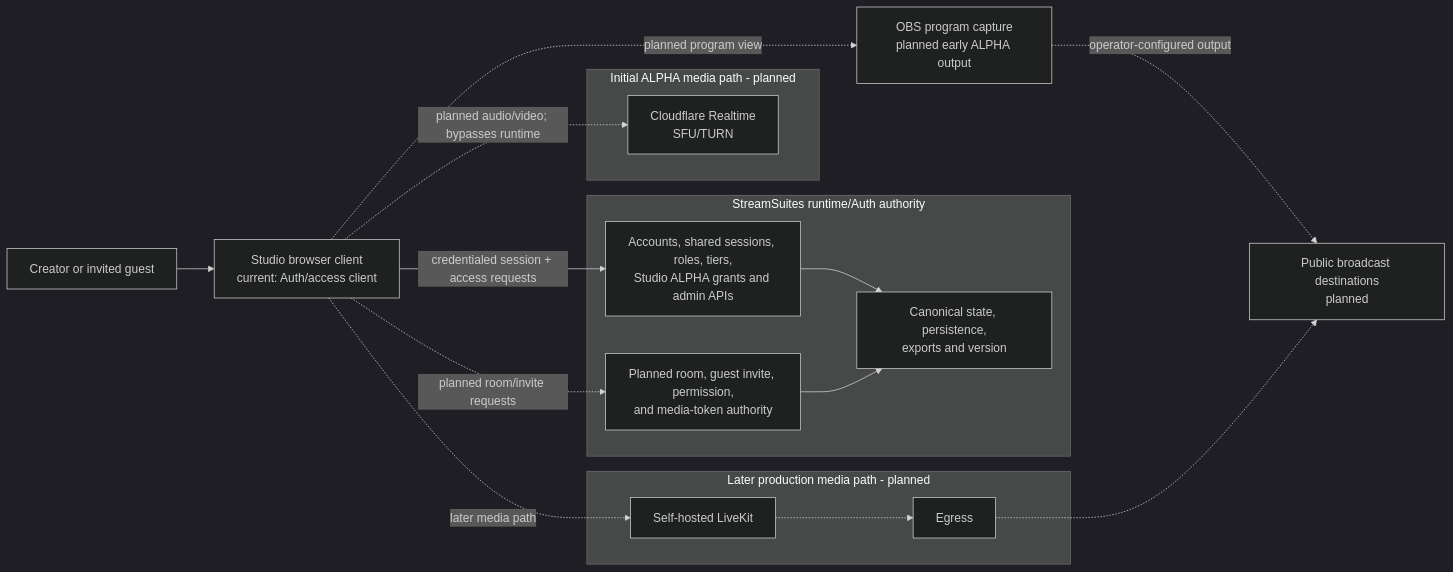
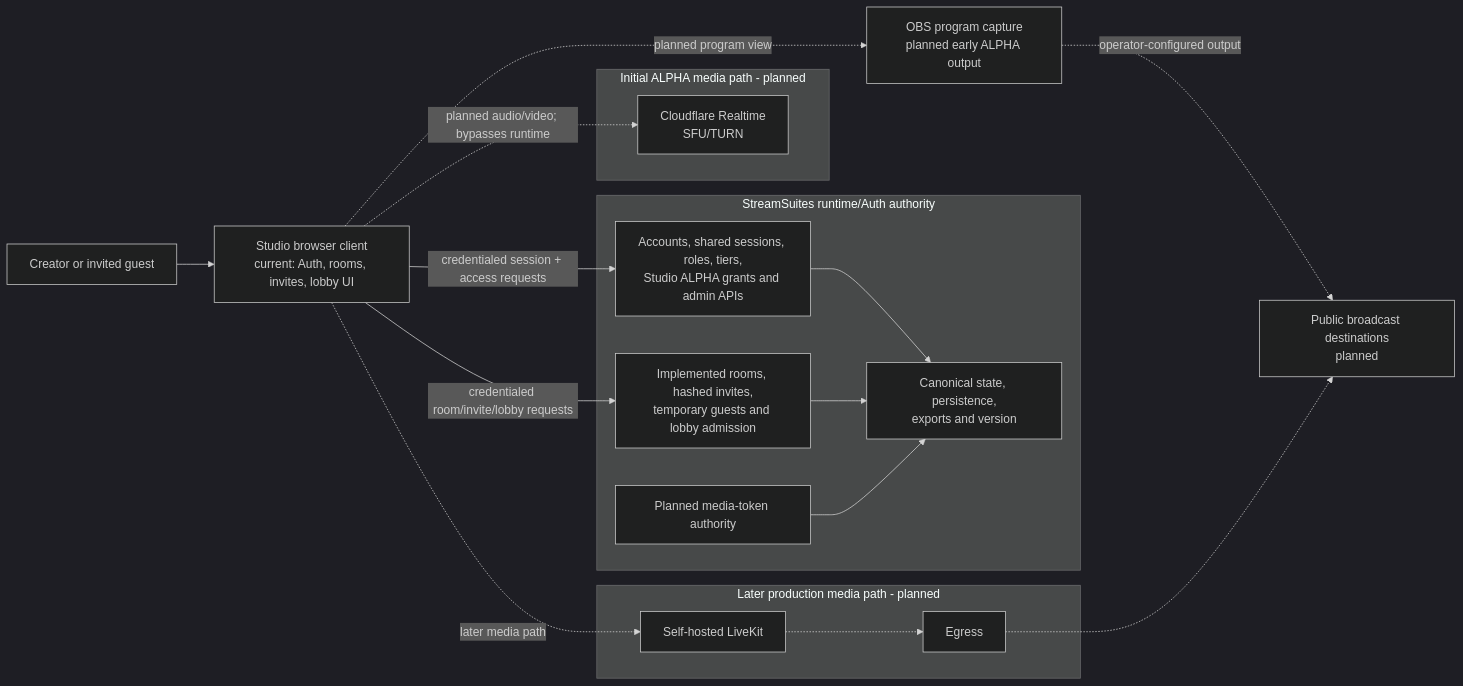
Before and after one commit to BSMediaGroup/StreamSuites-Studio: the diagram in docs/system-architecture.md, drawn with Mermaid (dark theme). The commit also changed other lines of this file and 27 other files, not shown here.

First line of the commit message:
Implement Studio rooms and secure guest invitations

````diff
--- a/docs/system-architecture.md
+++ b/docs/system-architecture.md
@@ -9,37 +9,39 @@
 ```mermaid
 flowchart LR
     User["Creator or invited guest"]
-    Studio["Studio browser client<br/>current: Auth/access client"]
+    Studio["Studio browser client<br/>current: Auth, rooms, invites, lobby UI"]
 
     subgraph Runtime["StreamSuites runtime/Auth authority"]
         Auth["Accounts, shared sessions, roles, tiers,<br/>Studio ALPHA grants and admin APIs"]
-        Rooms["Planned room, guest invite, permission,<br/>and media-token authority"]
+        Rooms["Implemented rooms, hashed invites,<br/>temporary guests and lobby admission"]
+        MediaTokens["Planned media-token authority"]
         State["Canonical state, persistence,<br/>exports and version"]
     end
 
     subgraph InitialMedia["Initial ALPHA media path - planned"]
         Realtime["Cloudflare Realtime<br/>SFU/TURN"]
     end
 
     subgraph ProductionMedia["Later production media path - planned"]
         LiveKit["Self-hosted LiveKit"]
         Egress["Egress"]
     end
 
     OBS["OBS program capture<br/>planned early ALPHA output"]
     Destinations["Public broadcast destinations<br/>planned"]
 
     User --> Studio
     Studio -->|"credentialed session + access requests"| Auth
-    Studio -. "planned room/invite requests" .-> Rooms
+    Studio -->|"credentialed room/invite/lobby requests"| Rooms
     Auth --> State
     Rooms --> State
+    MediaTokens --> State
 
     Studio -. "planned audio/video; bypasses runtime" .-> Realtime
     Studio -. "planned program view" .-> OBS
     OBS -. "operator-configured output" .-> Destinations
 
     Studio -. "later media path" .-> LiveKit
     LiveKit -.-> Egress
     Egress -.-> Destinations
 ```
````
